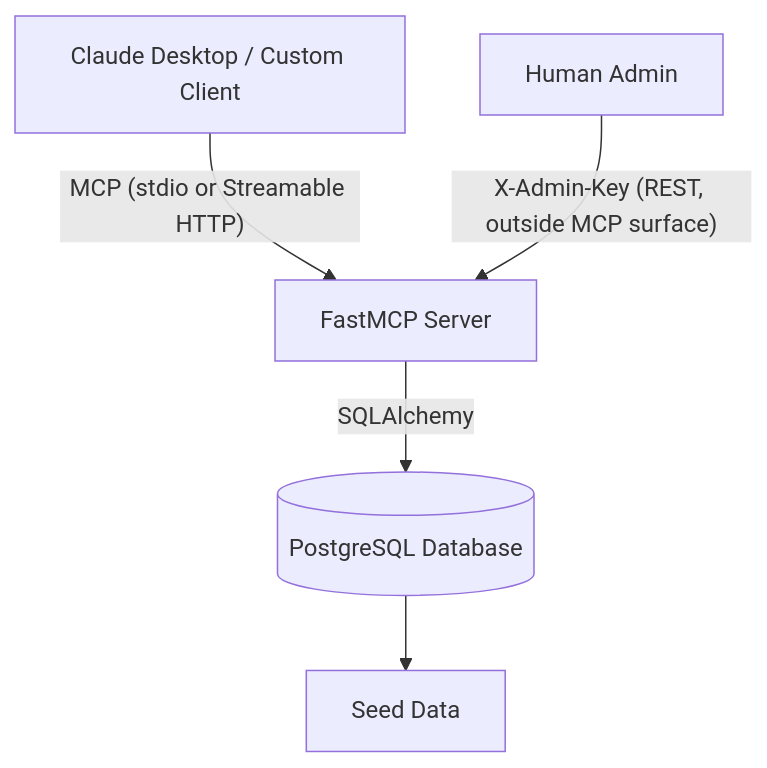
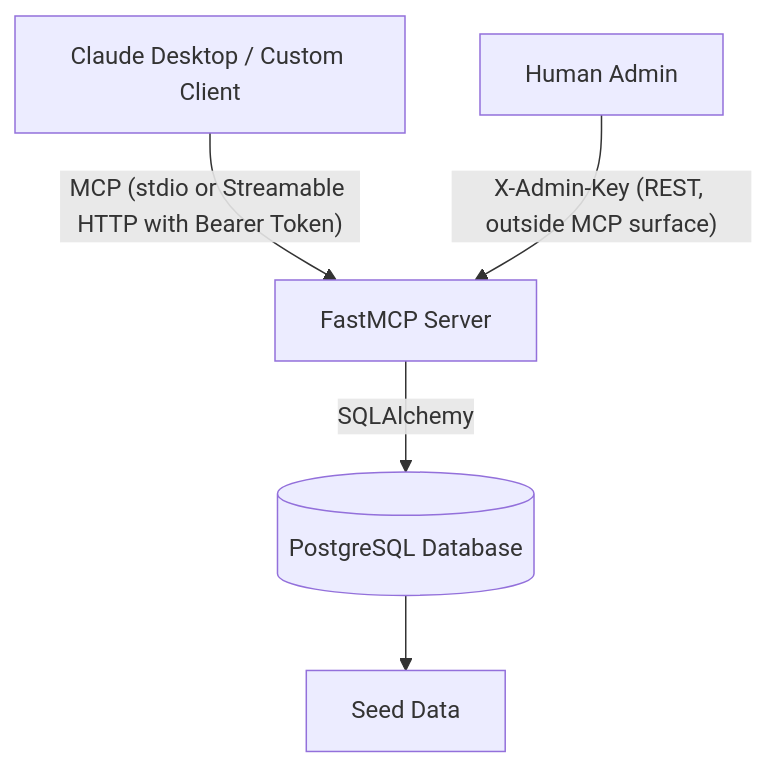
The diagram in README.md (josephkamau32/erp-lite-mcp), drawn with Mermaid before and after one commit. The commit also changed other lines of this file and 6 other files, not shown here.

````diff
--- a/README.md
+++ b/README.md
@@ -21,7 +21,7 @@
 ```mermaid
 graph TD
-    Client[Claude Desktop / Custom Client] -- "MCP (stdio or Streamable HTTP)" --> FastMCP[FastMCP Server]
+    Client[Claude Desktop / Custom Client] -- "MCP (stdio or Streamable HTTP with Bearer Token)" --> FastMCP[FastMCP Server]
     FastMCP -- "SQLAlchemy" --> DB[(PostgreSQL Database)]
     DB --> Seed[Seed Data]
     Admin[Human Admin] -- "X-Admin-Key (REST, outside MCP surface)" --> FastMCP
 ```
````
